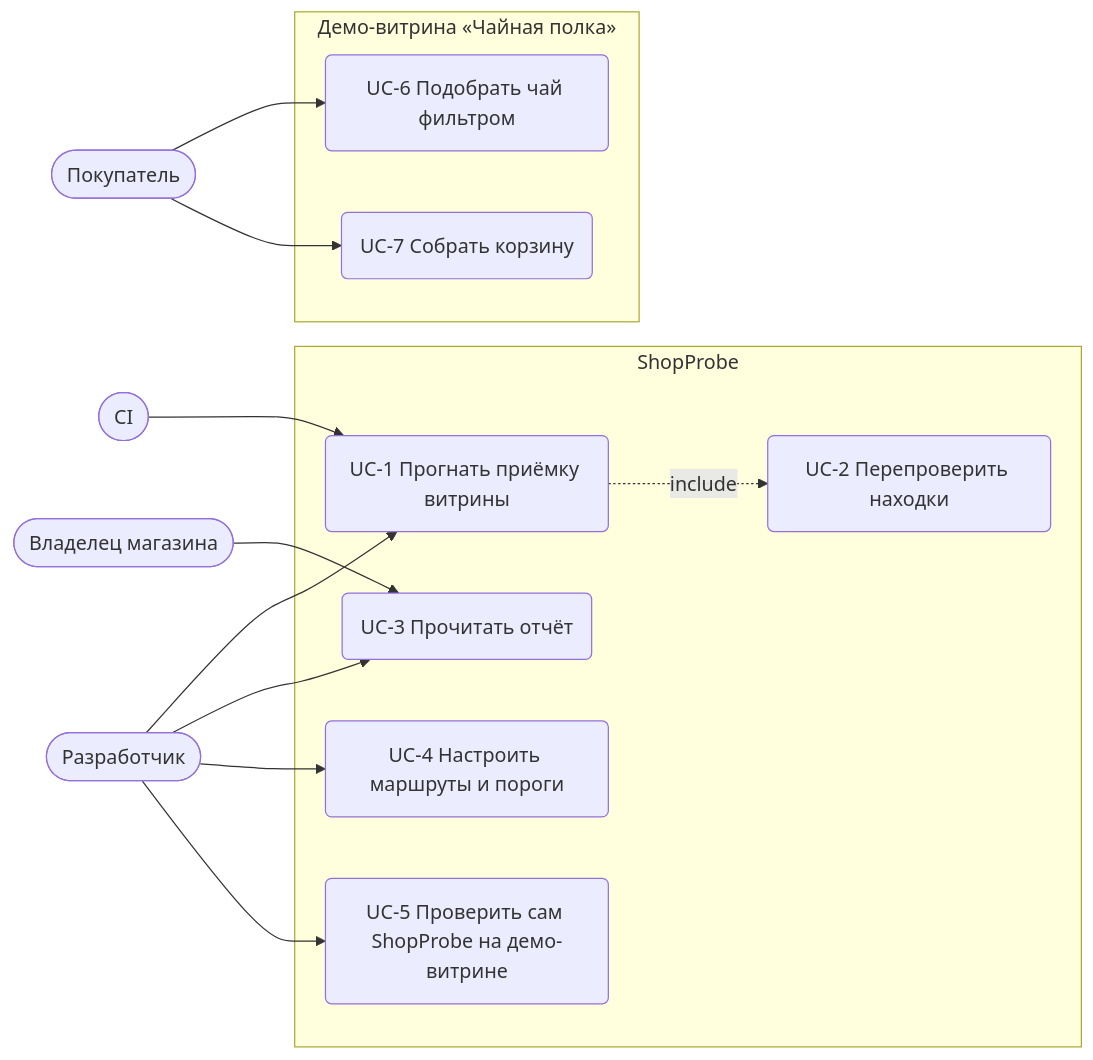
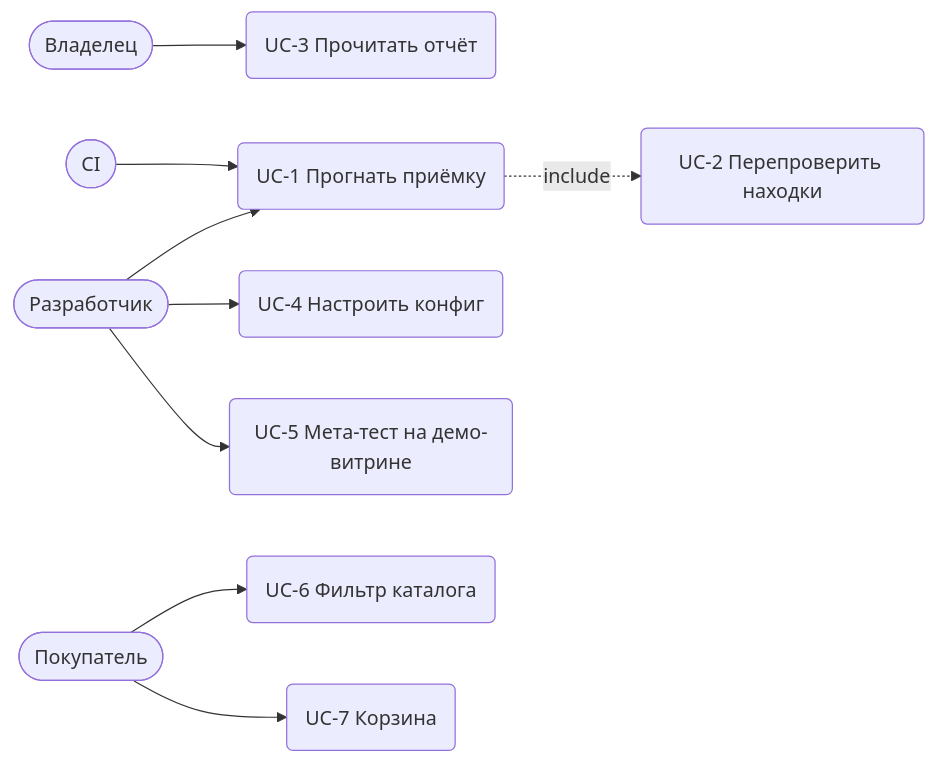
Before and after one commit to Georgy213123/ai-product-engineering: the diagram in projects/02-shopprobe/docs/02-analysis/use-cases.md, drawn with Mermaid. The commit also changed other lines of this file and 17 other files, not shown here.

````diff
--- a/projects/02-shopprobe/docs/02-analysis/use-cases.md
+++ b/projects/02-shopprobe/docs/02-analysis/use-cases.md
@@ -3,30 +3,11 @@
 ```mermaid
 flowchart LR
-  Owner([Владелец магазина])
-  Dev([Разработчик])
-  CI([CI])
-  Buyer([Покупатель])
-
-  subgraph SP[ShopProbe]
-    UC1(UC-1 Прогнать приёмку витрины)
-    UC2(UC-2 Перепроверить находки)
-    UC3(UC-3 Прочитать отчёт)
-    UC4(UC-4 Настроить маршруты и пороги)
-    UC5(UC-5 Проверить сам ShopProbe на демо-витрине)
-  end
-
-  subgraph TS[Демо-витрина «Чайная полка»]
-    UC6(UC-6 Подобрать чай фильтром)
-    UC7(UC-7 Собрать корзину)
-  end
-
-  Dev --> UC1
-  CI --> UC1
-  UC1 -. include .-> UC2
-  Owner --> UC3
-  Dev --> UC3
-  Dev --> UC4
-  Dev --> UC5
-  Buyer --> UC6
-  Buyer --> UC7
+  Owner([Владелец]) --> UC3(UC-3 Прочитать отчёт)
+  Dev([Разработчик]) --> UC1(UC-1 Прогнать приёмку)
+  CI([CI]) --> UC1
+  UC1 -. include .-> UC2(UC-2 Перепроверить находки)
+  Dev --> UC4(UC-4 Настроить конфиг)
+  Dev --> UC5(UC-5 Мета-тест на демо-витрине)
+  Buyer([Покупатель]) --> UC6(UC-6 Фильтр каталога)
+  Buyer --> UC7(UC-7 Корзина)
 ```
````
